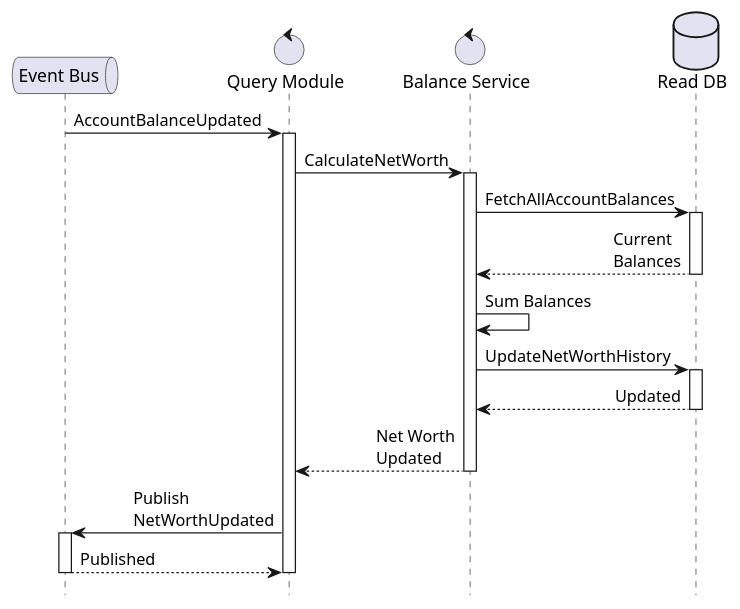
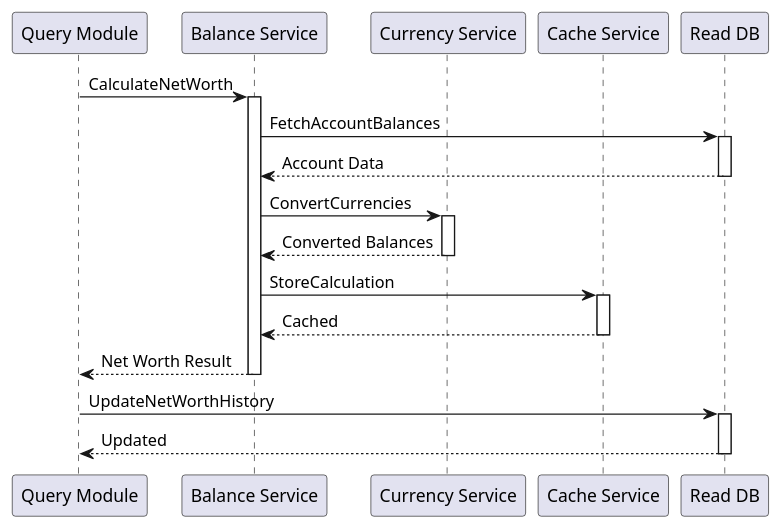
Before and after one commit to Osguima3/welz: the sixth of 9 diagrams in docs/model/sequence-diagrams.md, drawn with PlantUML. The commit also changed other lines of this file and 6 other files, not shown here.

````diff
--- a/docs/model/sequence-diagrams.md
+++ b/docs/model/sequence-diagrams.md
@@ -150,43 +297,35 @@
 ```plantuml
 @startuml
-!pragma teoz true
-skinparam responseMessageBelowArrow true
-skinparam sequenceMessageAlign direction
-skinparam maxMessageSize 100
-skinparam participantPadding 20
-skinparam boxPadding 10
-hide footbox
-
-queue       "Event Bus"              as EB
-control     "Query Module"           as QM
-control     "Balance Service"        as BS
-database    "Read DB"               as DB
-
-EB -> QM: AccountBalanceUpdated
-activate QM
+participant "Query Module" as QM
+participant "Balance Service" as BS
+participant "Currency Service" as CS
+participant "Cache Service" as CACHE
+participant "Read DB" as DB
 
 QM -> BS: CalculateNetWorth
 activate BS
 
-BS -> DB: FetchAllAccountBalances
+BS -> DB: FetchAccountBalances
 activate DB
-DB --> BS: Current Balances
+DB --> BS: Account Data
 deactivate DB
 
-BS -> BS: Sum Balances
-BS -> DB: UpdateNetWorthHistory
-activate DB
-DB --> BS: Updated
-deactivate DB
+BS -> CS: ConvertCurrencies
+activate CS
+CS --> BS: Converted Balances
+deactivate CS
 
-BS --> QM: Net Worth Updated
+BS -> CACHE: StoreCalculation
+activate CACHE
+CACHE --> BS: Cached
+deactivate CACHE
+
+BS --> QM: Net Worth Result
 deactivate BS
 
-QM -> EB: Publish NetWorthUpdated
-activate EB
-EB --> QM: Published
-deactivate EB
-
-deactivate QM
+QM -> DB: UpdateNetWorthHistory
+activate DB
+DB --> QM: Updated
+deactivate DB
 @enduml
 ```
````
